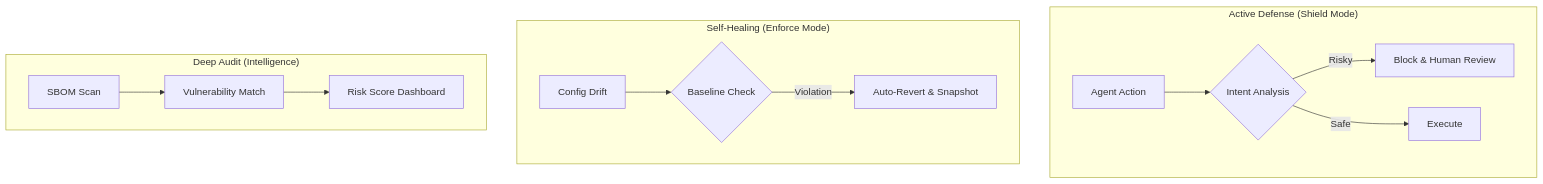
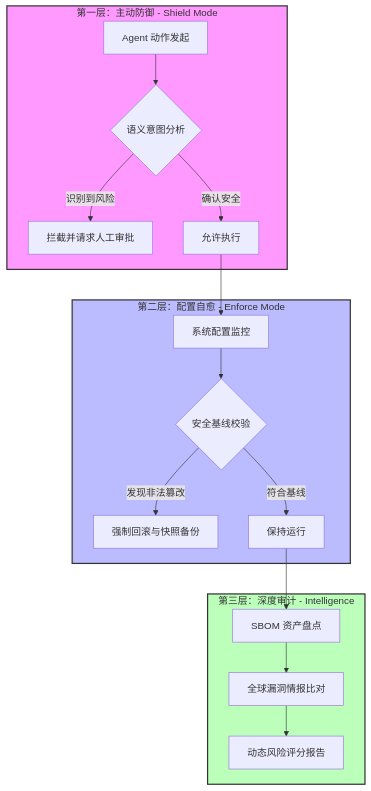
The diagram in README.zh-CN.md (lttcnly/openclaw-guardrails), drawn with Mermaid before and after one commit. The commit also changed other lines of this file and 1 other file, not shown here.

Commit message:
docs: adjust architecture diagram to vertical flow and add call for algorithm contributions

````diff
--- a/README.zh-CN.md
+++ b/README.zh-CN.md
@@ -36,18 +32,27 @@
 ```mermaid
 graph TD
-    subgraph "Active Defense (Shield Mode)"
-        A[Agent Action] --> B{Intent Analysis}
-        B -- Risky --> C[Block & Human Review]
-        B -- Safe --> D[Execute]
+    subgraph L1 [第一层：主动防御 - Shield Mode]
+        A[Agent 动作发起] --> B{语义意图分析}
+        B -- 识别到风险 --> C[拦截并请求人工审批]
+        B -- 确认安全 --> D[允许执行]
     end
-    
-    subgraph "Self-Healing (Enforce Mode)"
-        E[Config Drift] --> F{Baseline Check}
-        F -- Violation --> G[Auto-Revert & Snapshot]
+
+    D --> E
+
+    subgraph L2 [第二层：配置自愈 - Enforce Mode]
+        E[系统配置监控] --> F{安全基线校验}
+        F -- 发现非法篡改 --> G[强制回滚与快照备份]
+        F -- 符合基线 --> H[保持运行]
     end
-    
-    subgraph "Deep Audit (Intelligence)"
-        H[SBOM Scan] --> I[Vulnerability Match]
-        I --> J[Risk Score Dashboard]
+
+    H --> I
+
+    subgraph L3 [第三层：深度审计 - Intelligence]
+        I[SBOM 资产盘点] --> J[全球漏洞情报比对]
+        J --> K[动态风险评分报告]
     end
+
+    style L1 fill:#f9f,stroke:#333,stroke-width:2px
+    style L2 fill:#bbf,stroke:#333,stroke-width:2px
+    style L3 fill:#bfb,stroke:#333,stroke-width:2px
 ```
````
